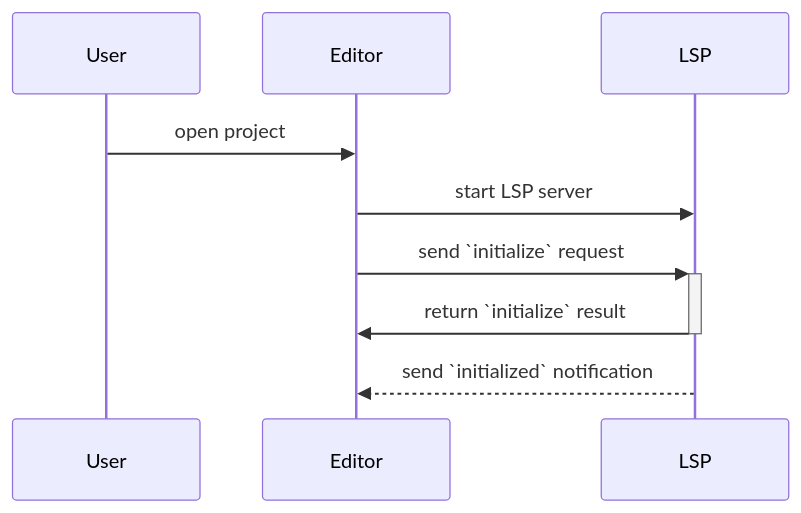
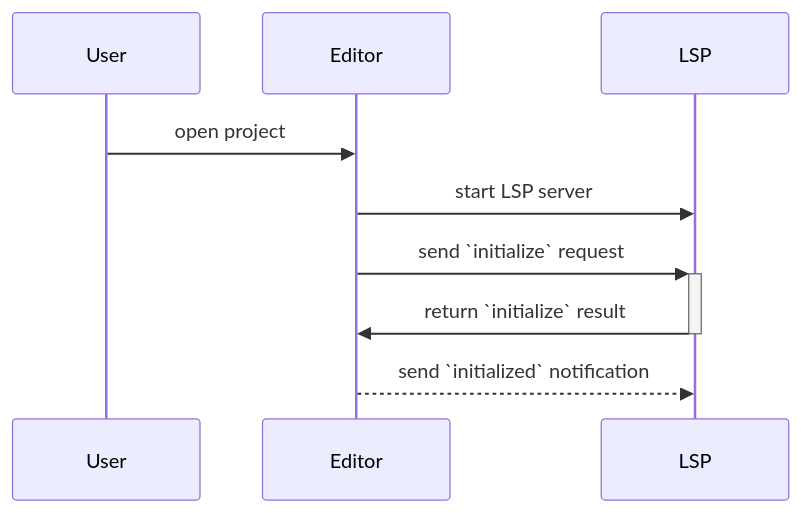
Before and after one commit to a-h/understanding-lsp: the sixth of 8 diagrams in slides.md, drawn with Mermaid. The commit also changed other lines of this file, not shown here.

````diff
--- a/slides.md
+++ b/slides.md
@@ -420,8 +420,8 @@
 ```mermaid
 sequenceDiagram
 	User->>Editor: open project
 	Editor->>LSP: start LSP server
 	Editor->>+LSP: send `initialize` request
 	LSP->>-Editor: return `initialize` result
-	LSP-->>Editor: send `initialized` notification
+	Editor-->>LSP: send `initialized` notification
 ```
````
